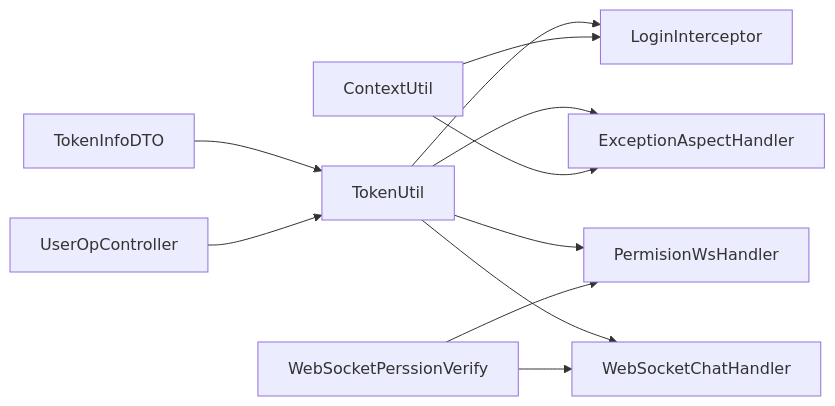
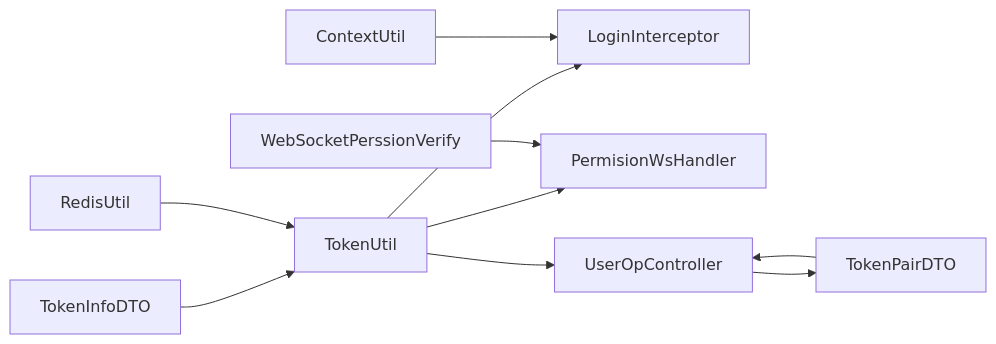
One commit to liftp/chat_simple changed the tenth of 10 diagrams in .qoder/repowiki/zh/content/安全与认证/JWT认证机制.md. Above: the diagram before and after it, drawn with Mermaid. The commit also changed other lines of this file and 6 other files, not shown here.

````diff
--- a/.qoder/repowiki/zh/content/安全与认证/JWT认证机制.md
+++ b/.qoder/repowiki/zh/content/安全与认证/JWT认证机制.md
@@ -340,13 +424,12 @@
 ```mermaid
 graph LR
 TU["TokenUtil"] --> LI["LoginInterceptor"]
-TU --> EAH["ExceptionAspectHandler"]
 TU --> PWH["PermisionWsHandler"]
-TU --> WSH["WebSocketChatHandler"]
+TU --> CTRL["UserOpController"]
 DTO["TokenInfoDTO"] --> TU
-CTRL["UserOpController"] --> TU
+TP["TokenPairDTO"] --> CTRL
+CTRL --> TP
+RU["RedisUtil"] --> TU
 CTX["ContextUtil"] --> LI
-CTX --> EAH
 WSV["WebSocketPerssionVerify"] --> PWH
-WSV --> WSH
 ```
````
